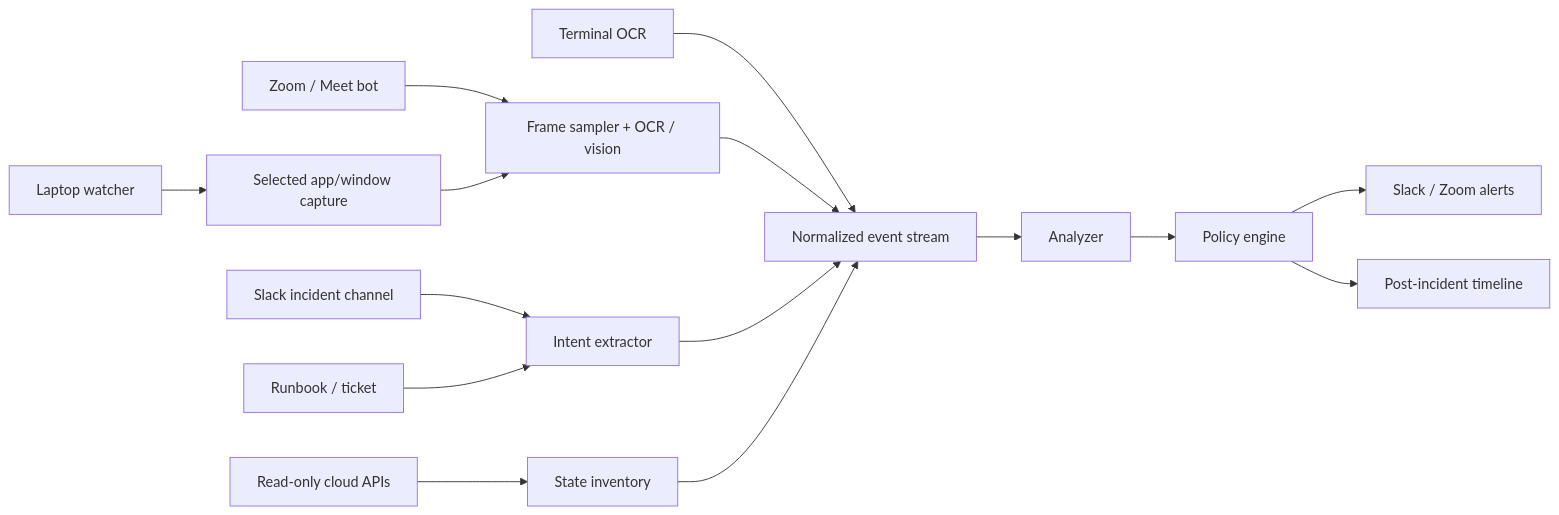
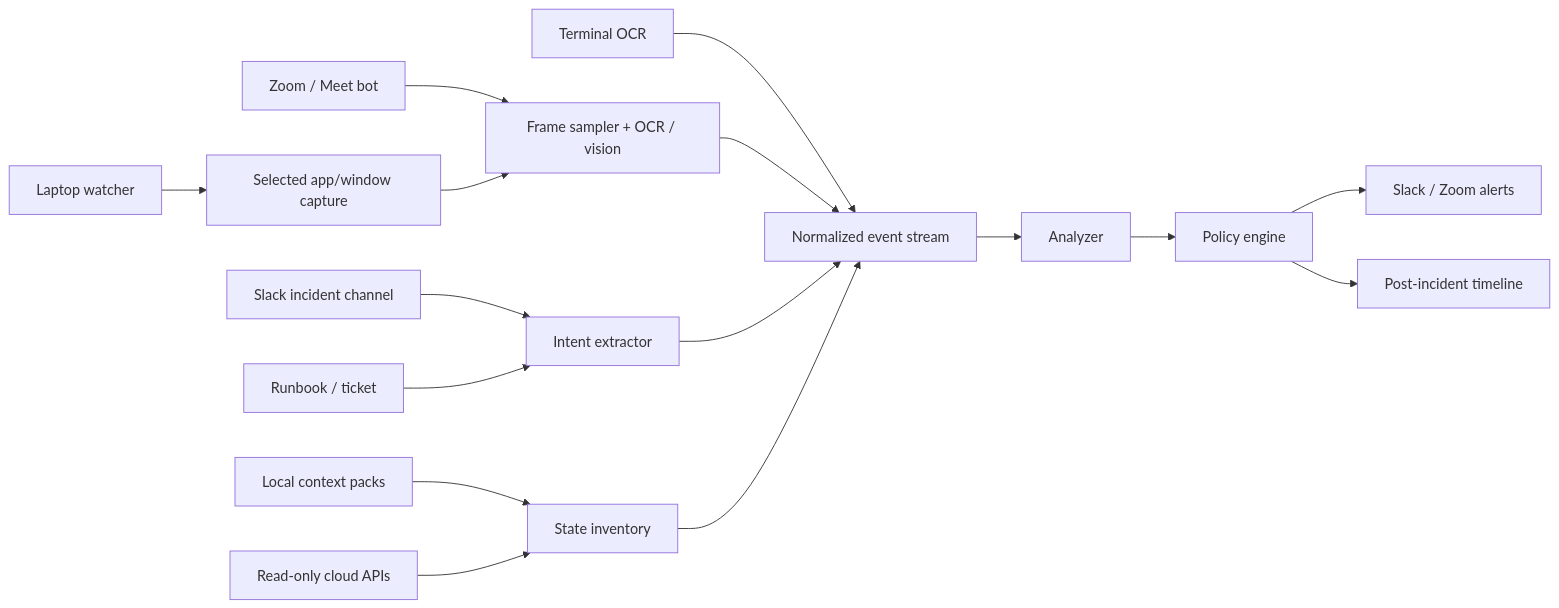
The diagram in docs/architecture.md (vdparikh/opswatch), drawn with Mermaid before and after one commit. The commit also changed other lines of this file and 38 other files, not shown here.

Commit message:
Add context packs and release onboarding

````diff
--- a/docs/architecture.md
+++ b/docs/architecture.md
@@ -5,17 +5,18 @@
 ```mermaid
 flowchart LR
     Laptop["Laptop watcher"] --> Capture["Selected app/window capture"]
     Zoom["Zoom / Meet bot"] --> Vision["Frame sampler + OCR / vision"]
     Capture --> Vision
     Slack["Slack incident channel"] --> Intent["Intent extractor"]
     Runbook["Runbook / ticket"] --> Intent
+    LocalContext["Local context packs"] --> State
     Cloud["Read-only cloud APIs"] --> State["State inventory"]
     Terminal["Terminal OCR"] --> Events["Normalized event stream"]
     Vision --> Events
     Intent --> Events
     State --> Events
     Events --> Analyzer["Analyzer"]
     Analyzer --> Policy["Policy engine"]
     Policy --> Alerts["Slack / Zoom alerts"]
     Policy --> Timeline["Post-incident timeline"]
 ```
````
